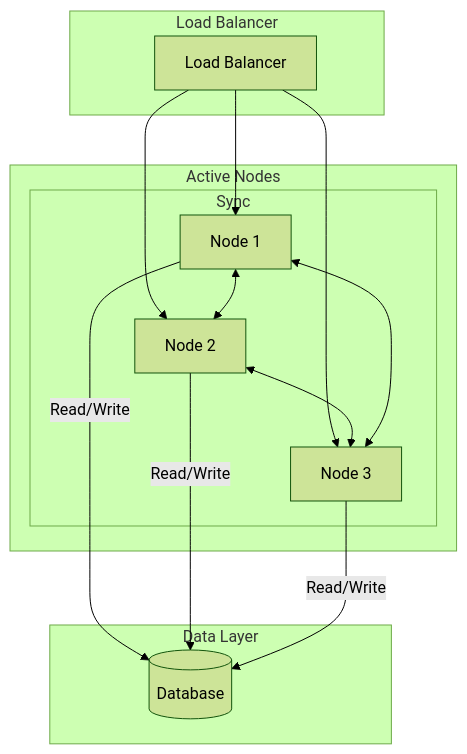
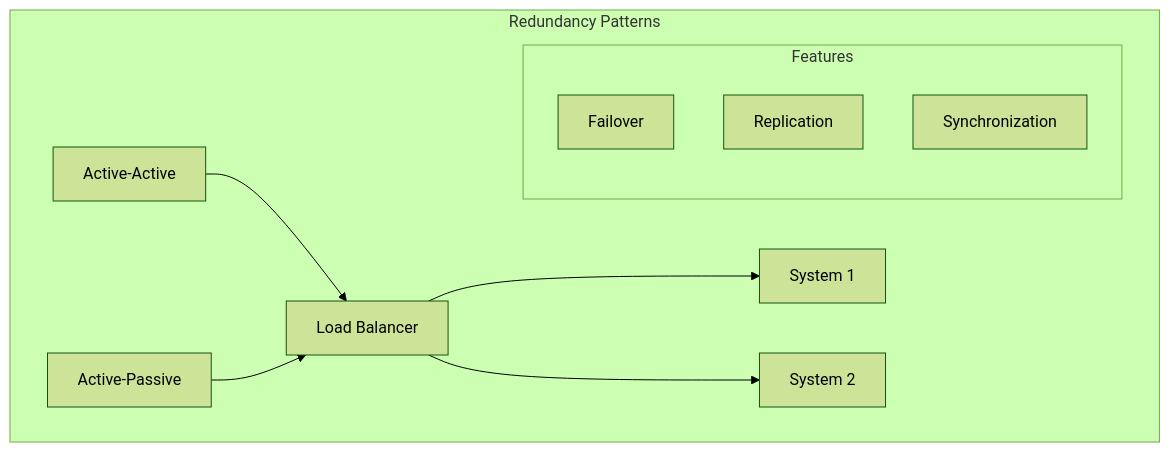
One commit to saravanakumarrc/Architecture_Journey changed the second of 7 diagrams in src/High_Availability_Design.md. Above: the diagram before and after it, drawn with Mermaid (forest theme). The commit also changed other lines of this file and 2 other files, not shown here.

Commit message:
Enhance High Availability Design documentation with core concepts, redundancy models, and recovery strategies; improve clarity and structure of monitoring and disaster recovery sections.

````diff
--- a/src/High_Availability_Design.md
+++ b/src/High_Availability_Design.md
@@ -33,24 +35,15 @@
 ```mermaid
 graph TB
-    subgraph "Load Balancer"
-        LB[Load Balancer]
-    end
-    
-    subgraph "Active Nodes"
-        LB --> N1[Node 1]
-        LB --> N2[Node 2]
-        LB --> N3[Node 3]
+    subgraph "Redundancy Patterns"
+        AA[Active-Active] --> LB[Load Balancer]
+        AP[Active-Passive] --> LB
+        LB --> S1[System 1]
+        LB --> S2[System 2]
         
-        subgraph "Sync"
-            N1 <--> N2
-            N2 <--> N3
-            N3 <--> N1
+        subgraph "Features"
+            F[Failover]
+            R[Replication]
+            S[Synchronization]
         end
     end
-    
-    subgraph "Data Layer"
-        N1 --> |Read/Write| DB[(Database)]
-        N2 --> |Read/Write| DB
-        N3 --> |Read/Write| DB
-    end
 ```
````
